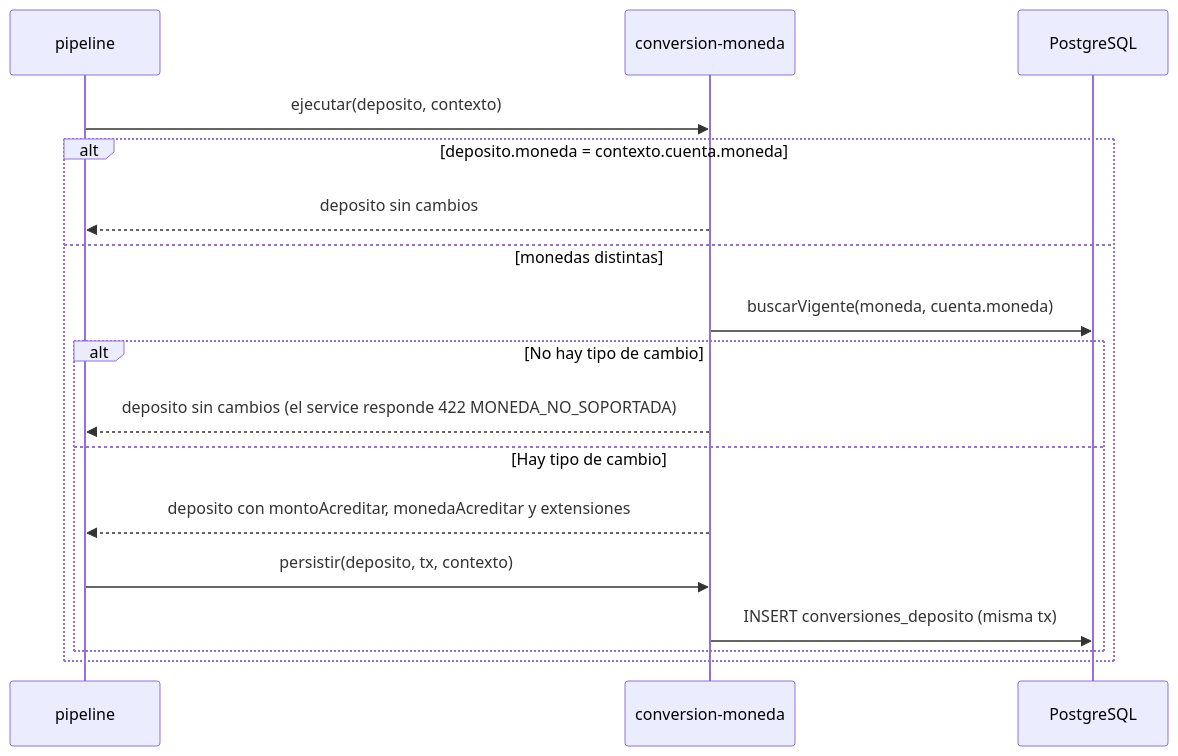
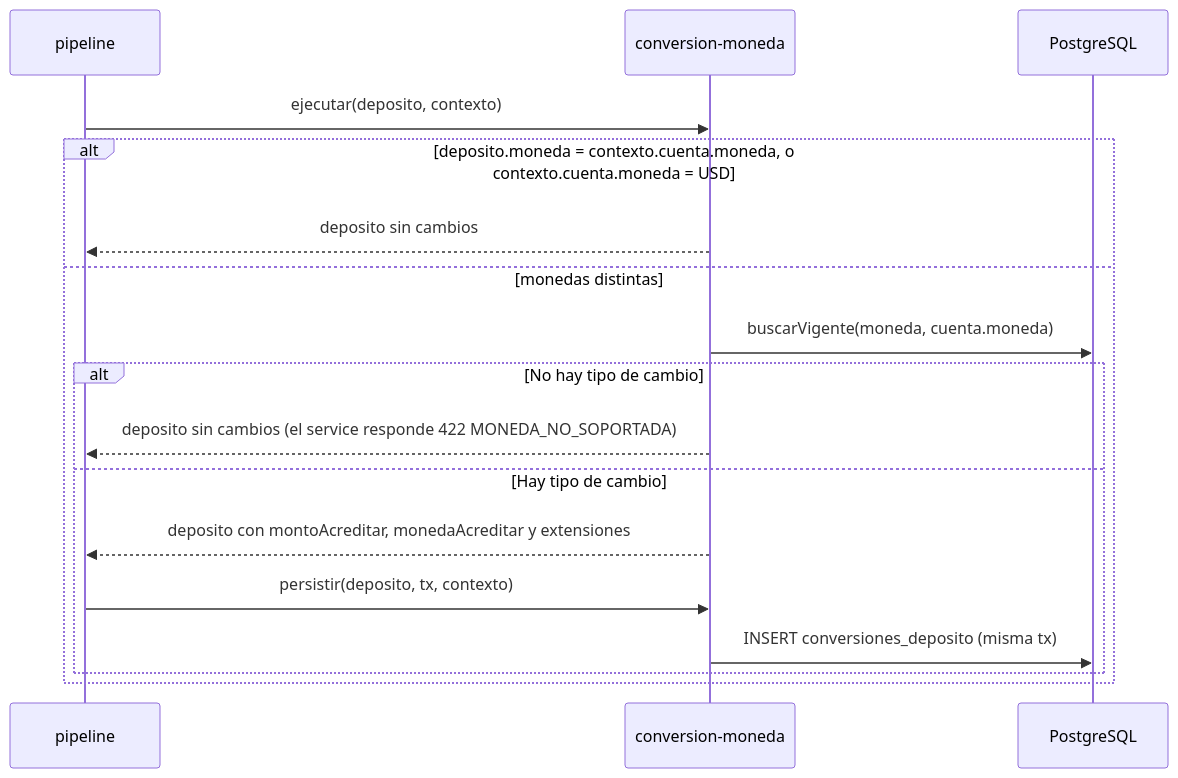
One commit to abigailDurand/Deposito-Arnes changed the diagram in specs-v2/11-conversion-moneda.md. Above: the diagram before and after it, drawn with Mermaid. The commit also changed other lines of this file and 24 other files, not shown here.

````diff
--- a/specs-v2/11-conversion-moneda.md
+++ b/specs-v2/11-conversion-moneda.md
@@ -25,19 +25,19 @@
 ```mermaid
 sequenceDiagram
     participant P as pipeline
     participant M as conversion-moneda
     participant DB as PostgreSQL
     P->>M: ejecutar(deposito, contexto)
-    alt deposito.moneda = contexto.cuenta.moneda
+    alt deposito.moneda = contexto.cuenta.moneda, o contexto.cuenta.moneda = USD
         M-->>P: deposito sin cambios
     else monedas distintas
         M->>DB: buscarVigente(moneda, cuenta.moneda)
         alt No hay tipo de cambio
             M-->>P: deposito sin cambios (el service responde 422 MONEDA_NO_SOPORTADA)
         else Hay tipo de cambio
             M-->>P: deposito con montoAcreditar, monedaAcreditar y extensiones
             P->>M: persistir(deposito, tx, contexto)
             M->>DB: INSERT conversiones_deposito (misma tx)
         end
     end
 ```
````
